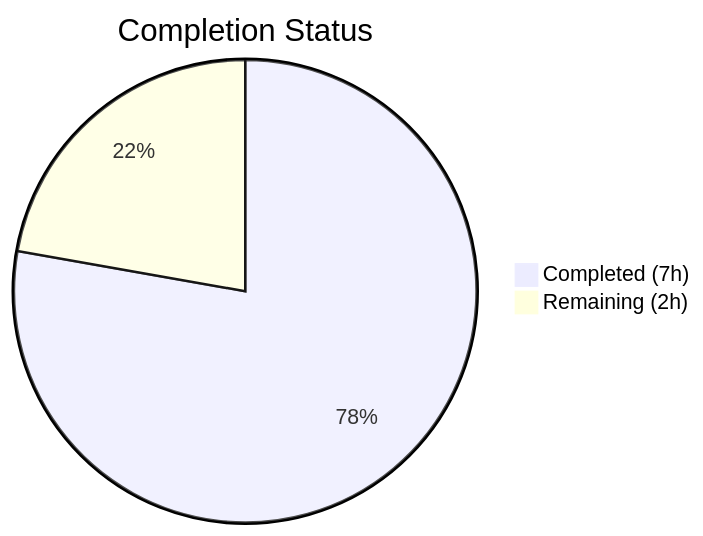
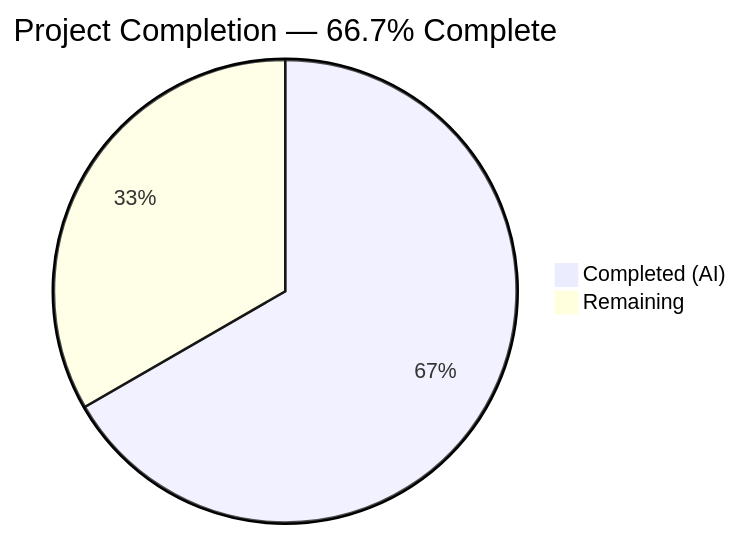
The first of 2 diagrams in blitzy/documentation/Project Guide.md (TestadoBlitzy/Existing-product), drawn with Mermaid before and after one commit. The commit also changed other lines of this file, not shown here.

Commit message:
Adding Blitzy Project Guide: Project Status and Human Tasks Remaining

````diff
--- a/blitzy/documentation/Project Guide.md
+++ b/blitzy/documentation/Project Guide.md
@@ -13,5 +14,5 @@
 ```mermaid
-pie title Completion Status
-    "Completed (7h)" : 7
-    "Remaining (2h)" : 2
+pie title Project Completion — 66.7% Complete
+    "Completed (AI)" : 4
+    "Remaining" : 2
 ```
````
